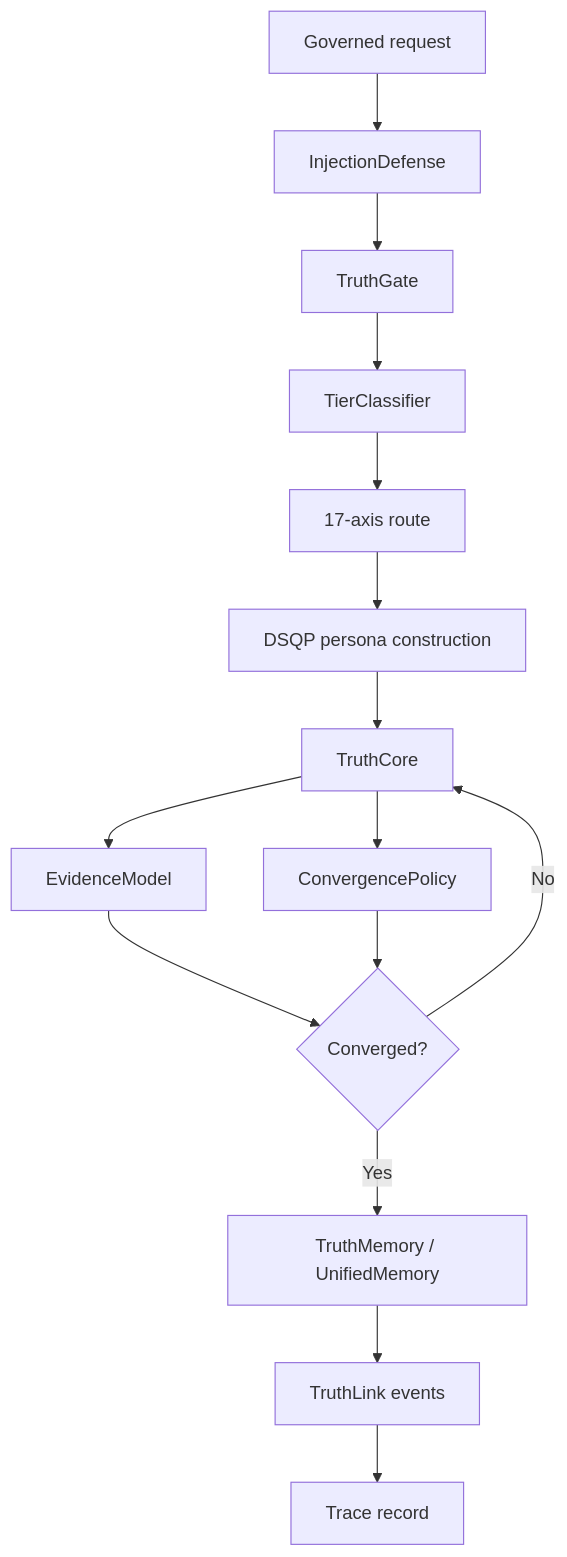
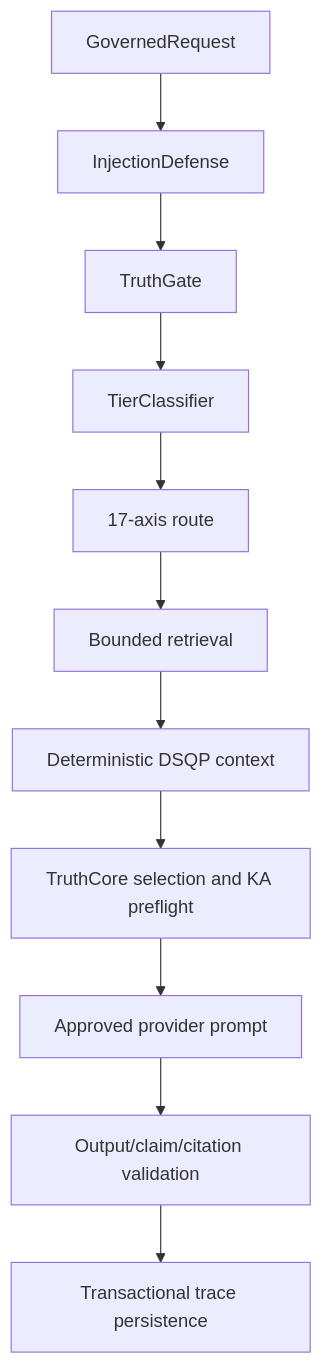
One commit to kherrera6219/DataLogicEngine changed the fourth of 10 diagrams in docs/DATA_FLOW_DIAGRAMS.md. Above: the diagram before and after it, drawn with Mermaid. The commit also changed other lines of this file and 99 other files, not shown here.

````diff
--- a/docs/DATA_FLOW_DIAGRAMS.md
+++ b/docs/DATA_FLOW_DIAGRAMS.md
@@ -144,17 +137,13 @@
 ```mermaid
 flowchart TD
-    REQ[Governed request] --> INJ[InjectionDefense]
+    REQ[GovernedRequest] --> INJ[InjectionDefense]
     INJ --> TG[TruthGate]
     TG --> TIER[TierClassifier]
     TIER --> AX[17-axis route]
-    AX --> DSQP[DSQP persona construction]
-    DSQP --> TC[TruthCore]
-    TC --> EV[EvidenceModel]
-    TC --> CP[ConvergencePolicy]
-    EV --> DEC{Converged?}
-    CP --> DEC
-    DEC -- No --> TC
-    DEC -- Yes --> MEM[TruthMemory / UnifiedMemory]
-    MEM --> LINK[TruthLink events]
-    LINK --> TRACE[Trace record]
+    AX --> RET[Bounded retrieval]
+    RET --> DSQP[Deterministic DSQP context]
+    DSQP --> TC[TruthCore selection and KA preflight]
+    TC --> PROMPT[Approved provider prompt]
+    PROMPT --> VALIDATE[Output/claim/citation validation]
+    VALIDATE --> TRACE[Transactional trace persistence]
 ```
````
